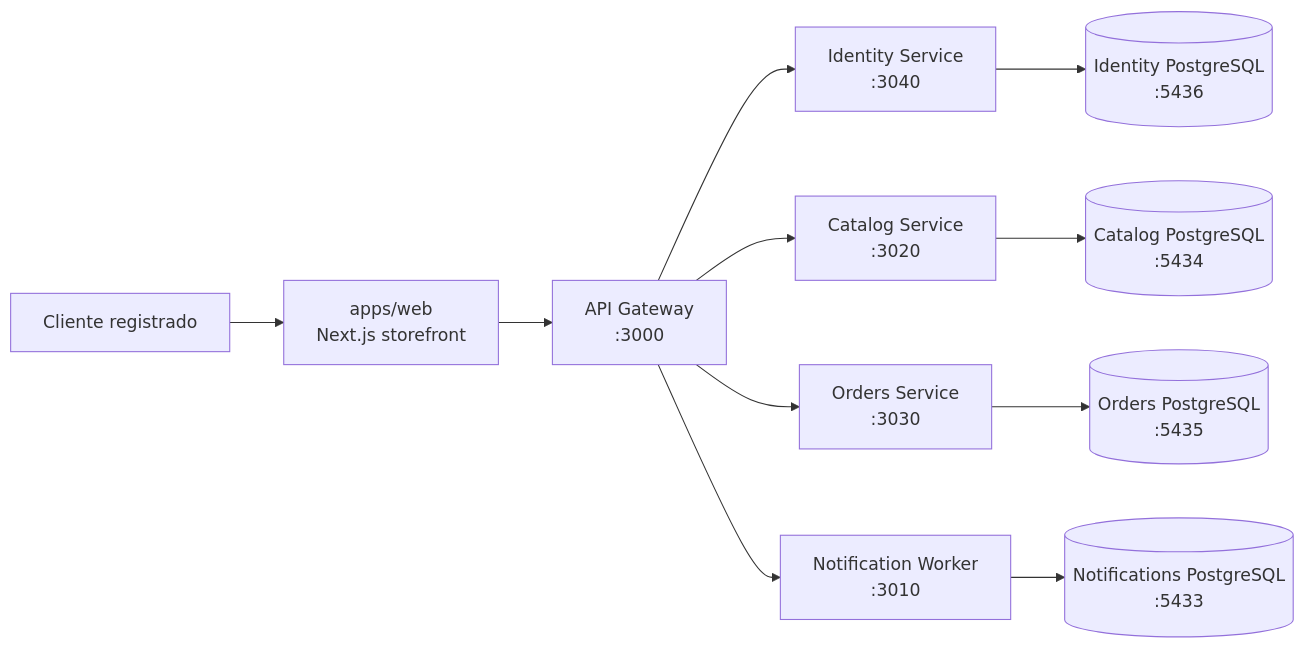
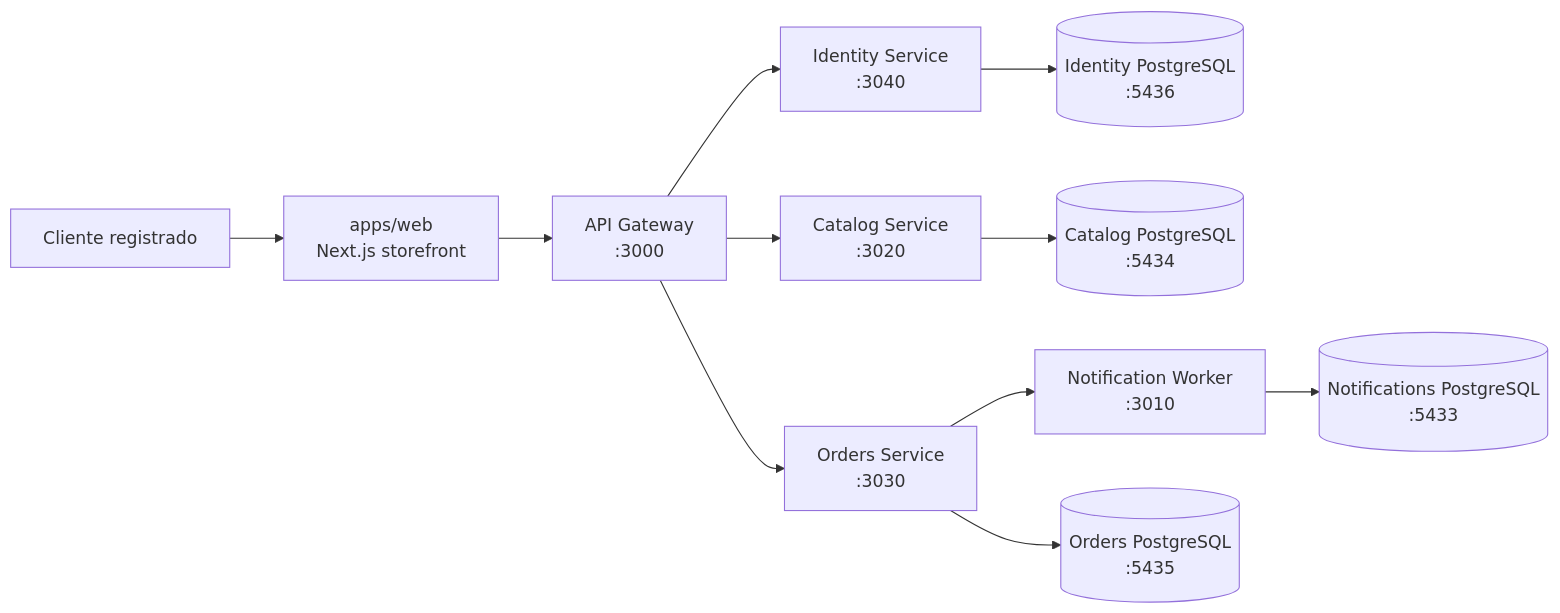
One commit to HectorARiascosI/mileshop-platform changed the first of 10 diagrams in docs/wiki/architecture-overview.md. Above: the diagram before and after it, drawn with Mermaid. The commit also changed other lines of this file and 56 other files, not shown here.

````diff
--- a/docs/wiki/architecture-overview.md
+++ b/docs/wiki/architecture-overview.md
@@ -22,13 +22,13 @@
 ```mermaid
 flowchart LR
     Customer[Cliente registrado] --> Web[apps/web\nNext.js storefront]
     Web --> Gateway[API Gateway\n:3000]
     Gateway --> Identity[Identity Service\n:3040]
     Gateway --> Catalog[Catalog Service\n:3020]
     Gateway --> Orders[Orders Service\n:3030]
-    Gateway --> Worker[Notification Worker\n:3010]
+    Orders --> Worker[Notification Worker\n:3010]
     Identity --> IdentityDb[(Identity PostgreSQL\n:5436)]
     Catalog --> CatalogDb[(Catalog PostgreSQL\n:5434)]
     Orders --> OrdersDb[(Orders PostgreSQL\n:5435)]
     Worker --> NotificationDb[(Notifications PostgreSQL\n:5433)]
 ```
````
